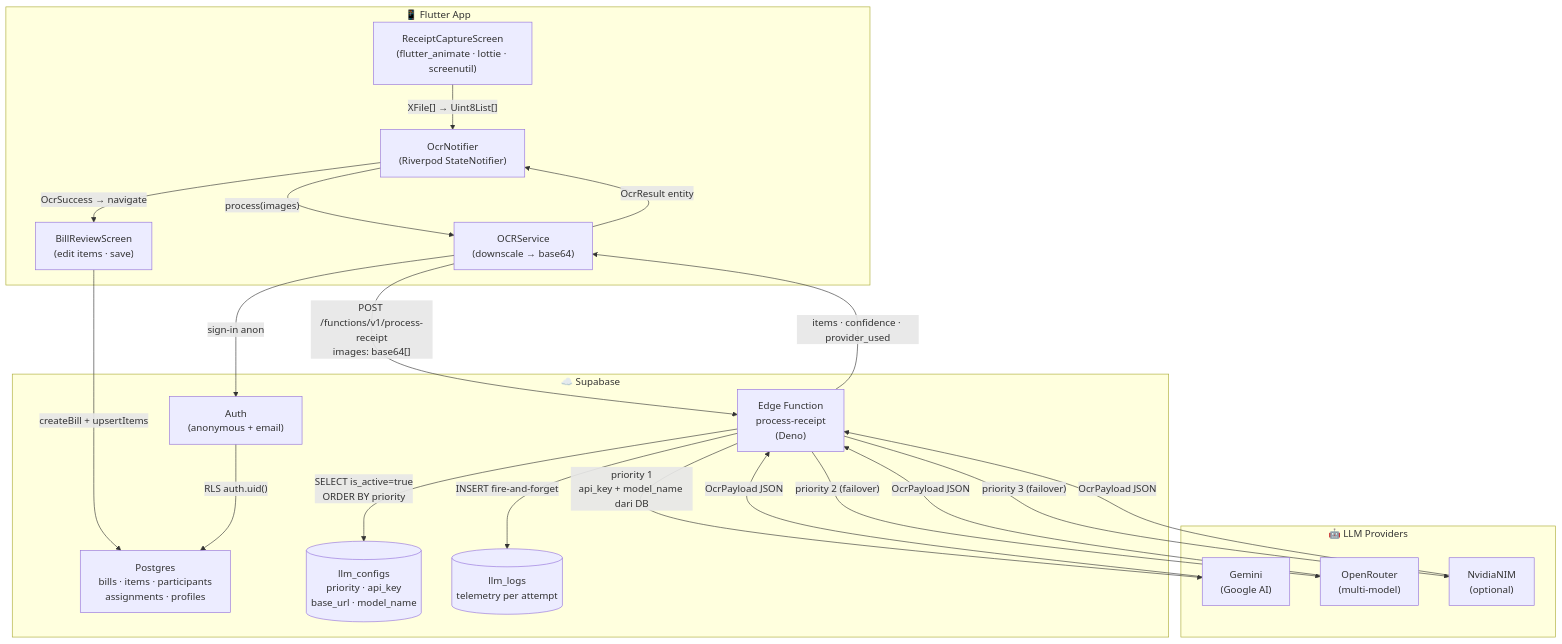
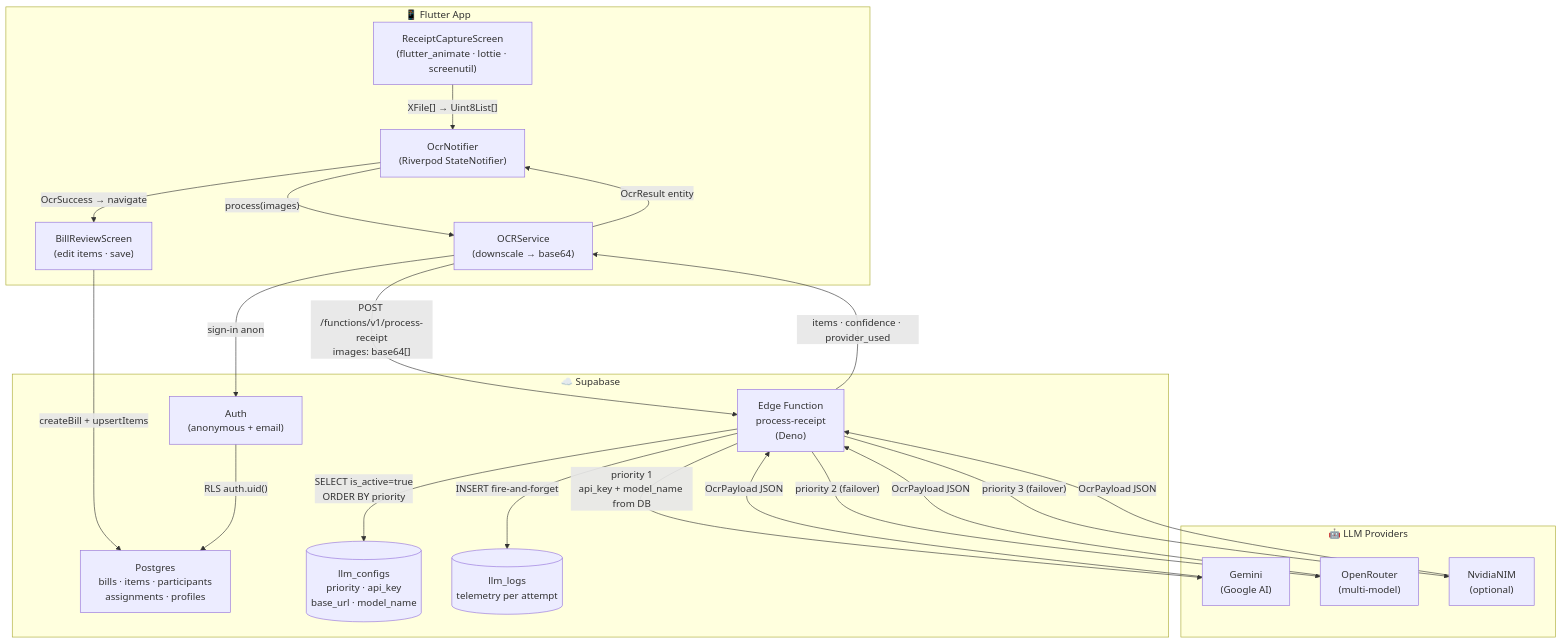
One commit to alamaby/bagirata changed the diagram in PROJECT_SUMMARY.md. Above: the diagram before and after it, drawn with Mermaid. The commit also changed other lines of this file and 35 other files, not shown here.

````diff
--- a/PROJECT_SUMMARY.md
+++ b/PROJECT_SUMMARY.md
@@ -11,45 +11,45 @@
 ```mermaid
 flowchart TD
     subgraph Mobile["📱 Flutter App"]
         UI["ReceiptCaptureScreen\n(flutter_animate · lottie · screenutil)"]
         Notifier["OcrNotifier\n(Riverpod StateNotifier)"]
         OCRSvc["OCRService\n(downscale → base64)"]
         BillReview["BillReviewScreen\n(edit items · save)"]
     end
 
     subgraph Supabase["☁️ Supabase"]
         Auth["Auth\n(anonymous + email)"]
         EF["Edge Function\nprocess-receipt\n(Deno)"]
         PG["Postgres\nbills · items · participants\nassignments · profiles"]
         LlmCfg[("llm_configs\npriority · api_key\nbase_url · model_name")]
         LlmLog[("llm_logs\ntelemetry per attempt")]
     end
 
     subgraph LLM["🤖 LLM Providers"]
         Gemini["Gemini\n(Google AI)"]
         OR["OpenRouter\n(multi-model)"]
         NIM["NvidiaNIM\n(optional)"]
     end
 
     UI -->|"XFile[] → Uint8List[]"| Notifier
     Notifier -->|"process(images)"| OCRSvc
     OCRSvc -->|"POST /functions/v1/process-receipt\nimages: base64[]"| EF
     OCRSvc -->|"sign-in anon"| Auth
 
     EF -->|"SELECT is_active=true\nORDER BY priority"| LlmCfg
     EF -->|"INSERT fire-and-forget"| LlmLog
 
-    EF -->|"priority 1\napi_key + model_name dari DB"| Gemini
+    EF -->|"priority 1\napi_key + model_name from DB"| Gemini
     EF -->|"priority 2 (failover)"| OR
     EF -->|"priority 3 (failover)"| NIM
 
     Gemini -->|"OcrPayload JSON"| EF
     OR -->|"OcrPayload JSON"| EF
     NIM -->|"OcrPayload JSON"| EF
 
     EF -->|"items · confidence · provider_used"| OCRSvc
     OCRSvc -->|"OcrResult entity"| Notifier
     Notifier -->|"OcrSuccess → navigate"| BillReview
     BillReview -->|"createBill + upsertItems"| PG
     Auth -->|"RLS auth.uid()"| PG
 ```
````
